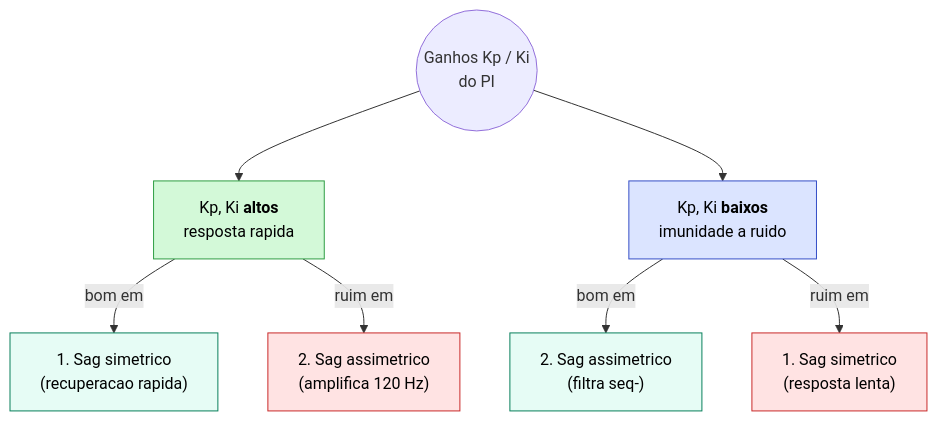
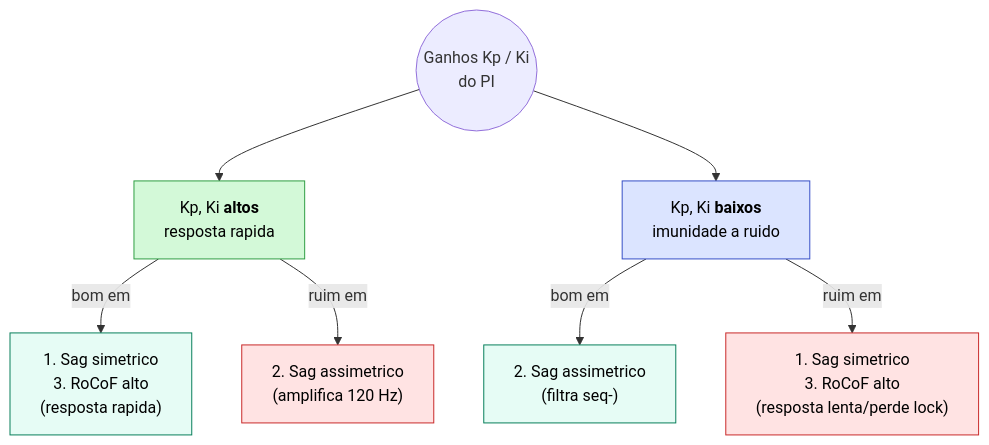
One commit to GGHB0/pll_stability_9bus changed the diagram in README.md. Above: the diagram before and after it, drawn with Mermaid. The commit also changed other lines of this file and 1 other file, not shown here.

First line of the commit message:
Revisa README: atualiza referencias, reintroduz cenario RoCoF e adiciona diagramas novos

````diff
--- a/README.md
+++ b/README.md
@@ -100,19 +120,19 @@
 ```mermaid
 flowchart TB
     Centro(("Ganhos Kp / Ki<br/>do PI"))
     Alto["Kp, Ki <b>altos</b><br/>resposta rapida"]:::a
     Baixo["Kp, Ki <b>baixos</b><br/>imunidade a ruido"]:::b
 
     Centro --> Alto
     Centro --> Baixo
 
-    Alto -- "bom em" --> R1["1. Sag simetrico<br/>(recuperacao rapida)"]:::good
+    Alto -- "bom em" --> R1["1. Sag simetrico<br/>3. RoCoF alto<br/>(resposta rapida)"]:::good
     Alto -- "ruim em" --> R2["2. Sag assimetrico<br/>(amplifica 120 Hz)"]:::bad
     Baixo -- "bom em" --> R3["2. Sag assimetrico<br/>(filtra seq-)"]:::good
-    Baixo -- "ruim em" --> R4["1. Sag simetrico<br/>(resposta lenta)"]:::bad
+    Baixo -- "ruim em" --> R4["1. Sag simetrico<br/>3. RoCoF alto<br/>(resposta lenta/perde lock)"]:::bad
 
     classDef a fill:#d3f9d8,stroke:#2f9e44,color:#000
     classDef b fill:#dbe4ff,stroke:#364fc7,color:#000
     classDef good fill:#e6fcf5,stroke:#087f5b,color:#000
     classDef bad  fill:#ffe3e3,stroke:#c92a2a,color:#000
 ```
````
